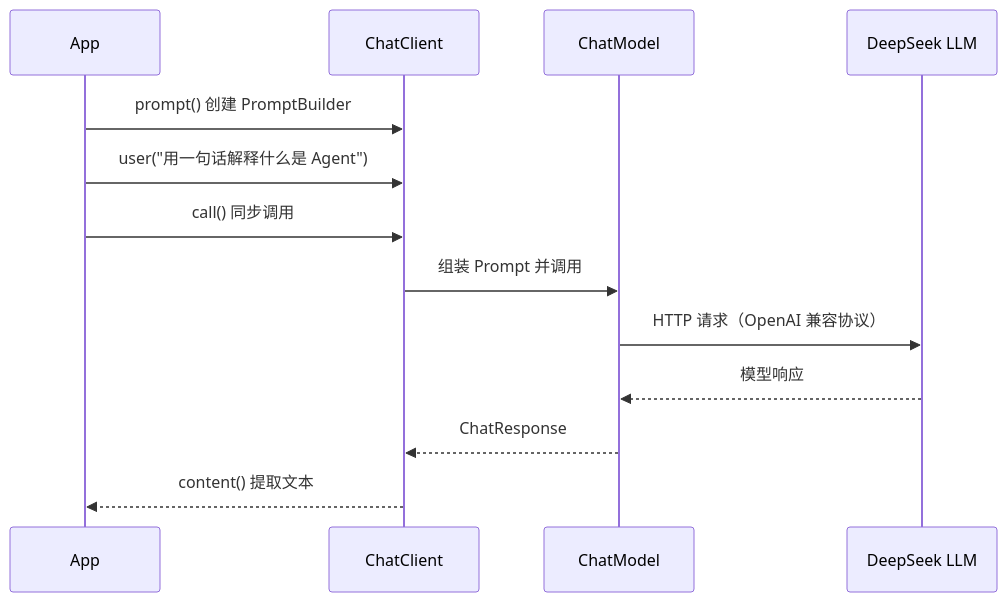
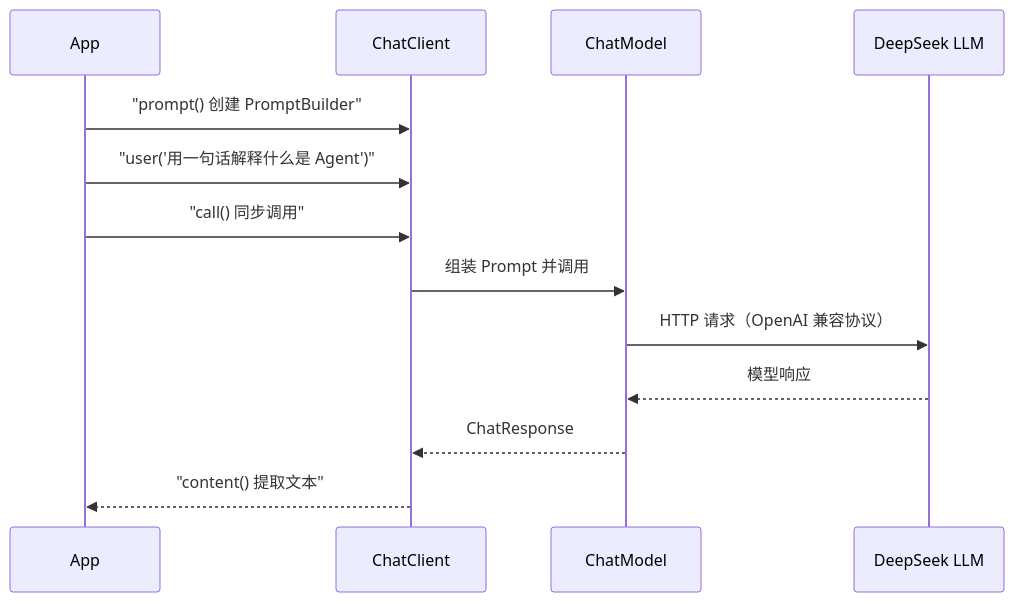
Before and after one commit to UranusGit/java-agent-learn: the third of 3 diagrams in docs/tutorials/spring-ai/01-快速起步.md, drawn with Mermaid. The commit also changed 137 other files, not shown here.

First line of the commit message:
docs全库mermaid图质量深化：改写残留字符画、补缺图、修坏图

````diff
--- a/docs/tutorials/spring-ai/01-快速起步.md
+++ b/docs/tutorials/spring-ai/01-快速起步.md
@@ -283,15 +283,15 @@
 ```mermaid
 sequenceDiagram
     participant App
     participant CC as ChatClient
     participant CM as ChatModel
     participant LLM as DeepSeek LLM
-    App->>CC: prompt() 创建 PromptBuilder
-    App->>CC: user("用一句话解释什么是 Agent")
-    App->>CC: call() 同步调用
+    App->>CC: "prompt() 创建 PromptBuilder"
+    App->>CC: "user('用一句话解释什么是 Agent')"
+    App->>CC: "call() 同步调用"
     CC->>CM: 组装 Prompt 并调用
     CM->>LLM: HTTP 请求（OpenAI 兼容协议）
     LLM-->>CM: 模型响应
     CM-->>CC: ChatResponse
-    CC-->>App: content() 提取文本
+    CC-->>App: "content() 提取文本"
 ```
````
